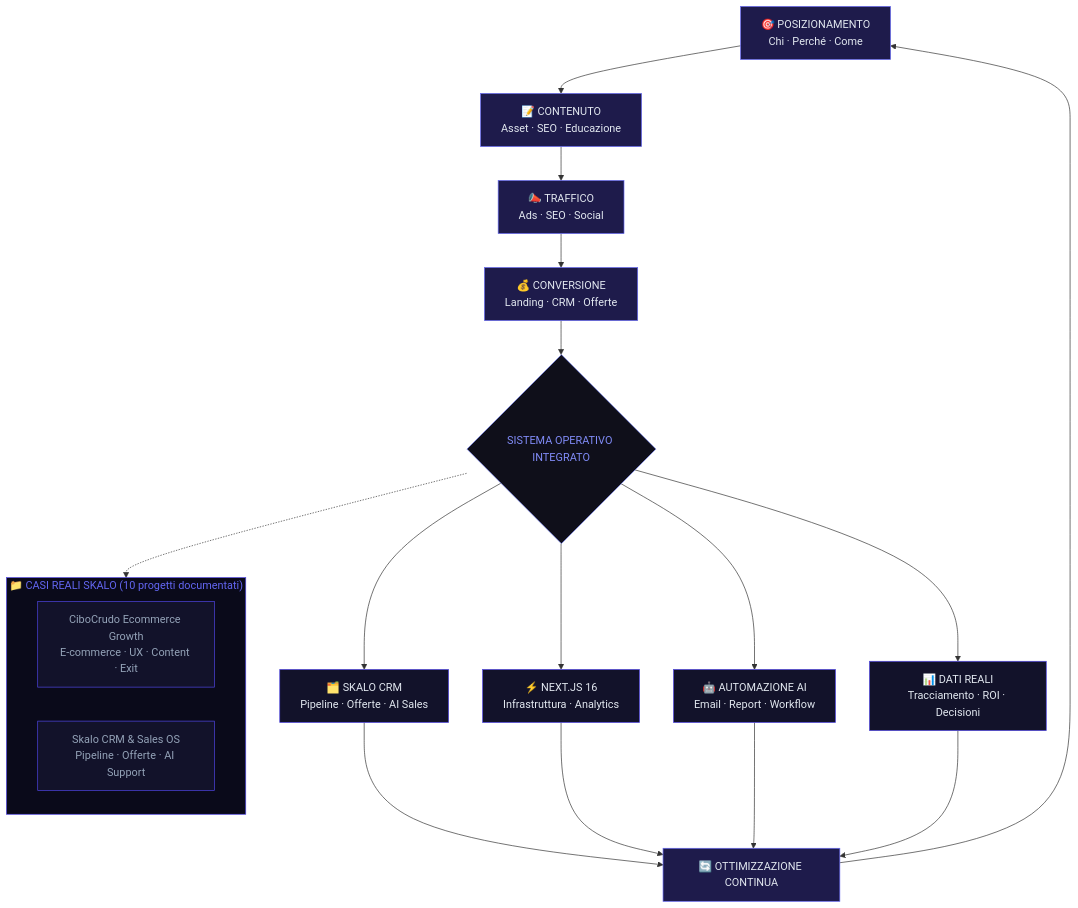
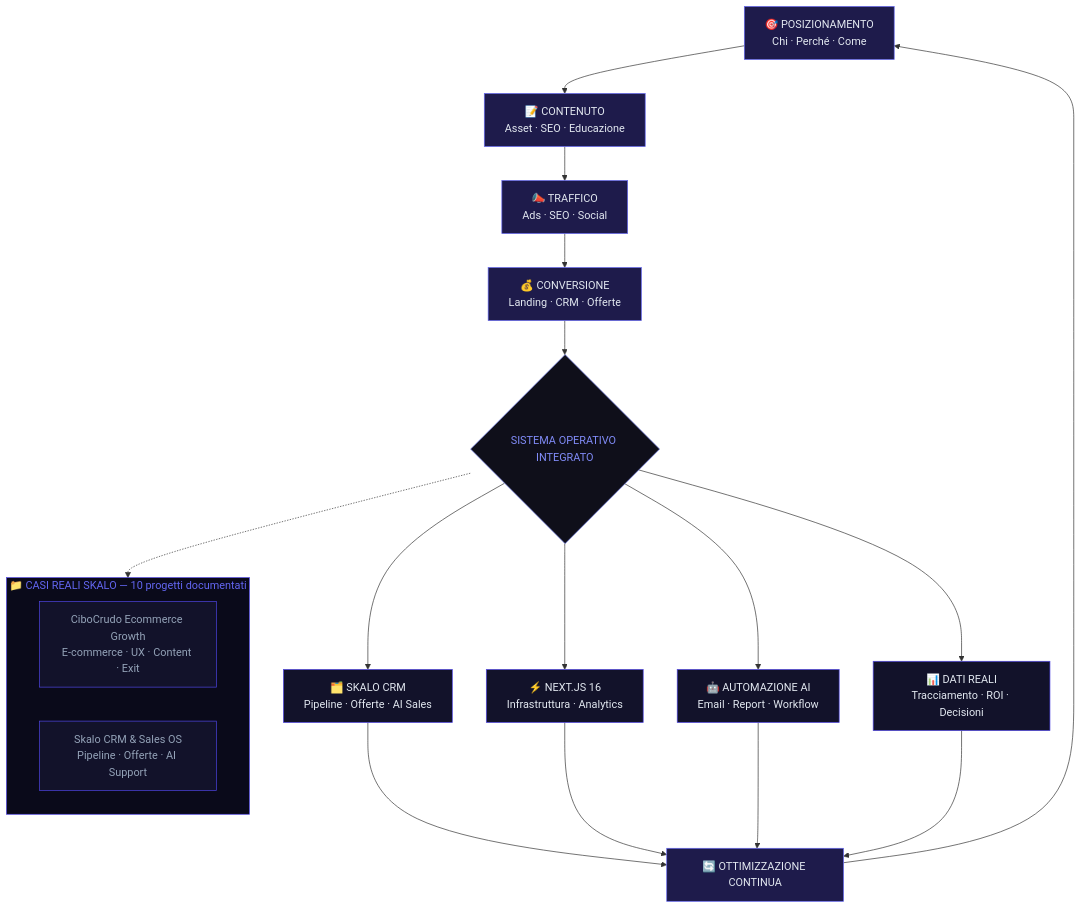
Before and after one commit to cryptogoldit/skalo-agency-guides: the diagram in guide/strategia-marketing-pmi.md, drawn with Mermaid. The commit also changed 3 other files, not shown here.

Commit message:
fix(guide): mermaid renderable su GitHub — label in virgolette, <br/> al posto di \n, rimossi paren nel label che rompevano il parser

````diff
--- a/guide/strategia-marketing-pmi.md
+++ b/guide/strategia-marketing-pmi.md
@@ -202,41 +202,41 @@
 ```mermaid
 flowchart TD
-    A[🎯 POSIZIONAMENTO\nChi · Perché · Come] --> B[📝 CONTENUTO\nAsset · SEO · Educazione]
-    B --> C[📣 TRAFFICO\nAds · SEO · Social]
-    C --> D[💰 CONVERSIONE\nLanding · CRM · Offerte]
+    A["🎯 POSIZIONAMENTO<br/>Chi · Perché · Come"] --> B["📝 CONTENUTO<br/>Asset · SEO · Educazione"]
+    B --> C["📣 TRAFFICO<br/>Ads · SEO · Social"]
+    C --> D["💰 CONVERSIONE<br/>Landing · CRM · Offerte"]
 
-    D --> E{SISTEMA OPERATIVO INTEGRATO}
+    D --> E{"SISTEMA OPERATIVO INTEGRATO"}
 
-    E --> F[🗂️ SKALO CRM\nPipeline · Offerte · AI Sales]
-    E --> G[⚡ NEXT.JS 16\nInfrastruttura · Analytics]
-    E --> H[🤖 AUTOMAZIONE AI\nEmail · Report · Workflow]
-    E --> I[📊 DATI REALI\nTracciamento · ROI · Decisioni]
+    E --> F["🗂️ SKALO CRM<br/>Pipeline · Offerte · AI Sales"]
+    E --> G["⚡ NEXT.JS 16<br/>Infrastruttura · Analytics"]
+    E --> H["🤖 AUTOMAZIONE AI<br/>Email · Report · Workflow"]
+    E --> I["📊 DATI REALI<br/>Tracciamento · ROI · Decisioni"]
 
-    F --> J[🔄 OTTIMIZZAZIONE CONTINUA]
+    F --> J["🔄 OTTIMIZZAZIONE CONTINUA"]
     G --> J
     H --> J
     I --> J
 
     J --> A
 
-    subgraph PORTFOLIO ["📁 CASI REALI SKALO (10 progetti documentati)"]
-        K[CiboCrudo Ecommerce Growth\nE-commerce · UX · Content · Exit]
-        L[Skalo CRM & Sales OS\nPipeline · Offerte · AI Support]
+    subgraph PORTFOLIO ["📁 CASI REALI SKALO — 10 progetti documentati"]
+        K["CiboCrudo Ecommerce Growth<br/>E-commerce · UX · Content · Exit"]
+        L["Skalo CRM & Sales OS<br/>Pipeline · Offerte · AI Support"]
     end
 
     E -.-> PORTFOLIO
 
     style A fill:#1e1b4b,stroke:#6366f1,color:#e2e8f0
     style B fill:#1e1b4b,stroke:#6366f1,color:#e2e8f0
     style C fill:#1e1b4b,stroke:#6366f1,color:#e2e8f0
     style D fill:#1e1b4b,stroke:#6366f1,color:#e2e8f0
     style E fill:#0f0f1a,stroke:#818cf8,color:#818cf8
     style F fill:#12122a,stroke:#4f46e5,color:#e2e8f0
     style G fill:#12122a,stroke:#4f46e5,color:#e2e8f0
     style H fill:#12122a,stroke:#4f46e5,color:#e2e8f0
     style I fill:#12122a,stroke:#4f46e5,color:#e2e8f0
     style J fill:#1e1b4b,stroke:#6366f1,color:#e2e8f0
     style K fill:#12122a,stroke:#4f46e5,color:#94a3b8
     style L fill:#12122a,stroke:#4f46e5,color:#94a3b8
     style PORTFOLIO fill:#0a0a1a,stroke:#4f46e5,color:#6366f1
 ```
````
